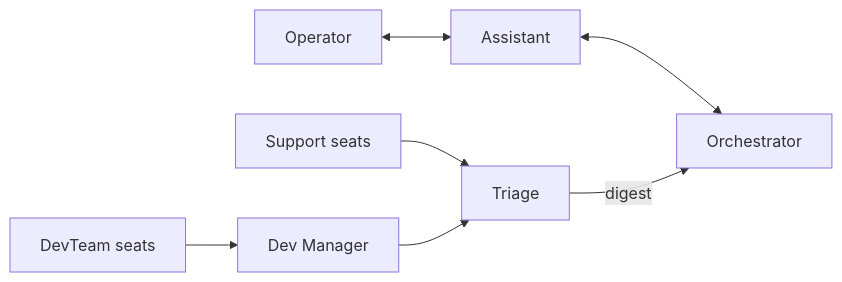
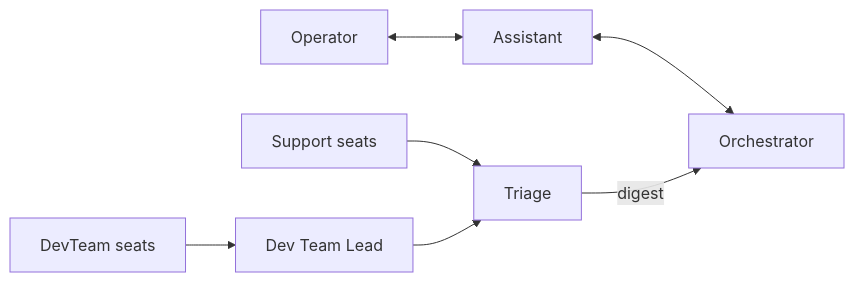
One commit to GobbyAI/gobby changed the diagram in docs/guides/runbooks.md. Above: the diagram before and after it, drawn with Mermaid. The commit also changed other lines of this file and 159 other files, not shown here.

Commit message:
[gobby-#25487] feat: unify DevTeam seats with transactional claim flow

````diff
--- a/docs/guides/runbooks.md
+++ b/docs/guides/runbooks.md
@@ -35,9 +35,9 @@
 ```mermaid
 flowchart LR
   Op[Operator] <--> A[Assistant]
   A <--> O[Orchestrator]
   T[Triage] -- digest --> O
   S[Support seats] --> T
-  DM[Dev Manager] --> T
+  DM[Dev Team Lead] --> T
   Team[DevTeam seats] --> DM
 ```
````
